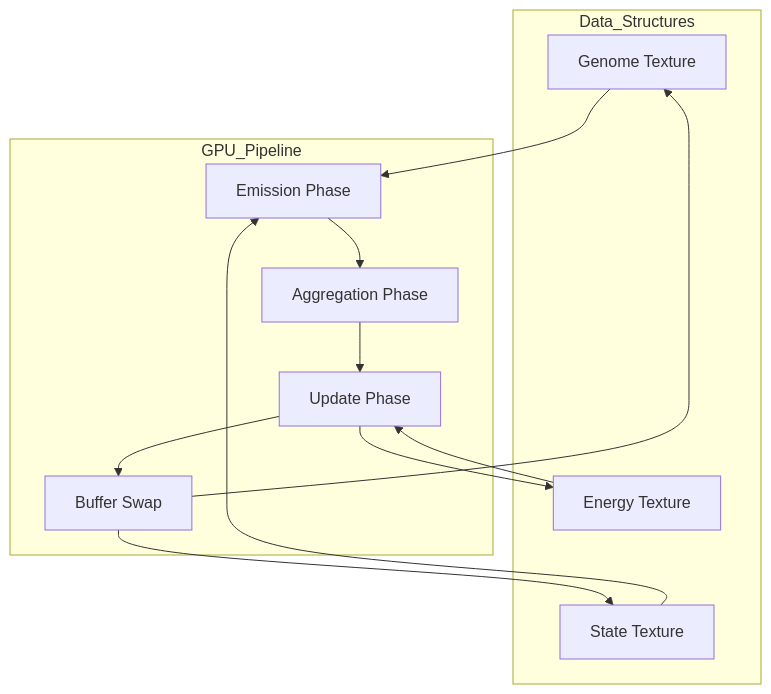
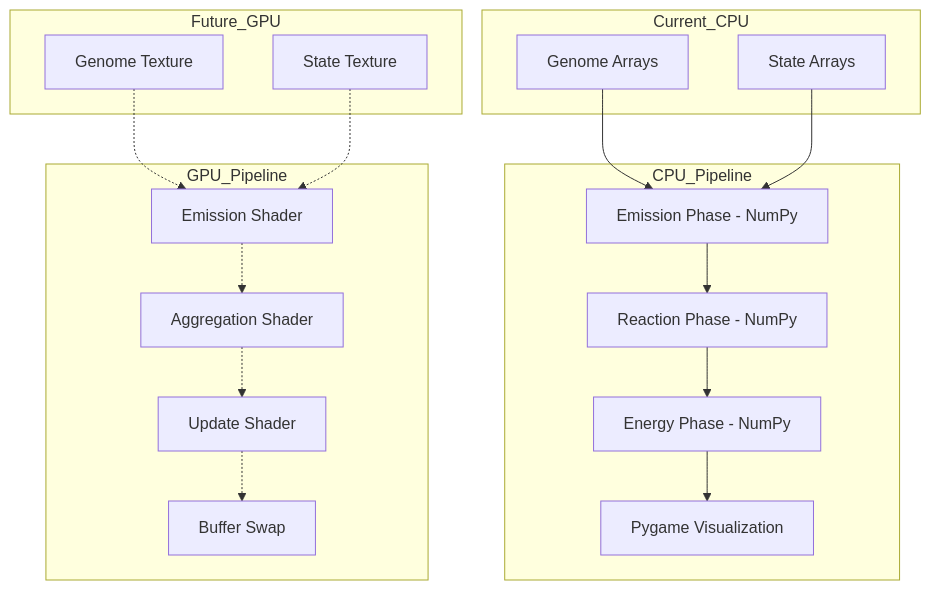
Before and after one commit to FoniksFox/Conway-Game-of-Life: the first of 3 diagrams in Boris/README.md, drawn with Mermaid. The commit also changed other lines of this file, not shown here.

Commit message:
docs(Boris): Update documentation with recent changes and future roadmap

````diff
--- a/Boris/README.md
+++ b/Boris/README.md
@@ -66,28 +144,40 @@
 ```mermaid
 graph TD
-    subgraph Data_Structures
+    subgraph Current_CPU
+        GenomeArray[Genome Arrays]
+        StateArray[State Arrays]
+    end
+
+    subgraph CPU_Pipeline
+        EmitCPU[Emission Phase - NumPy]
+        ReactCPU[Reaction Phase - NumPy]  
+        EnergyCPU[Energy Phase - NumPy]
+        PygameDisplay[Pygame Visualization]
+    end
+  
+    %% Current CPU Simulation
+    GenomeArray --> EmitCPU
+    StateArray --> EmitCPU
+    EmitCPU --> ReactCPU
+    ReactCPU --> EnergyCPU
+    EnergyCPU --> PygameDisplay
+  
+    subgraph Future_GPU
         GenomeTex[Genome Texture]
         StateTex[State Texture]
-        EnergyTex[Energy Texture]
     end
 
     subgraph GPU_Pipeline
-        Emit[Emission Phase]
-        Agg[Aggregation Phase]  
-        Update[Update Phase]
-        Swap[Buffer Swap]
+        EmitGPU[Emission Shader]
+        AggGPU[Aggregation Shader]  
+        UpdateGPU[Update Shader]
+        SwapGPU[Buffer Swap]
     end
   
-    %% Simulation Cycle
-    GenomeTex --> Emit
-    StateTex --> Emit
-    Emit --> Agg
-    Agg --> Update
-    Update --> Swap
-    Swap --> GenomeTex
-    Swap --> StateTex
-
-    %% Energy Conservation
-    EnergyTex --> Update
-    Update --> EnergyTex
+    %% Planned GPU Migration
+    GenomeTex -.-> EmitGPU
+    StateTex -.-> EmitGPU
+    EmitGPU -.-> AggGPU
+    AggGPU -.-> UpdateGPU
+    UpdateGPU -.-> SwapGPU
 ```
````
